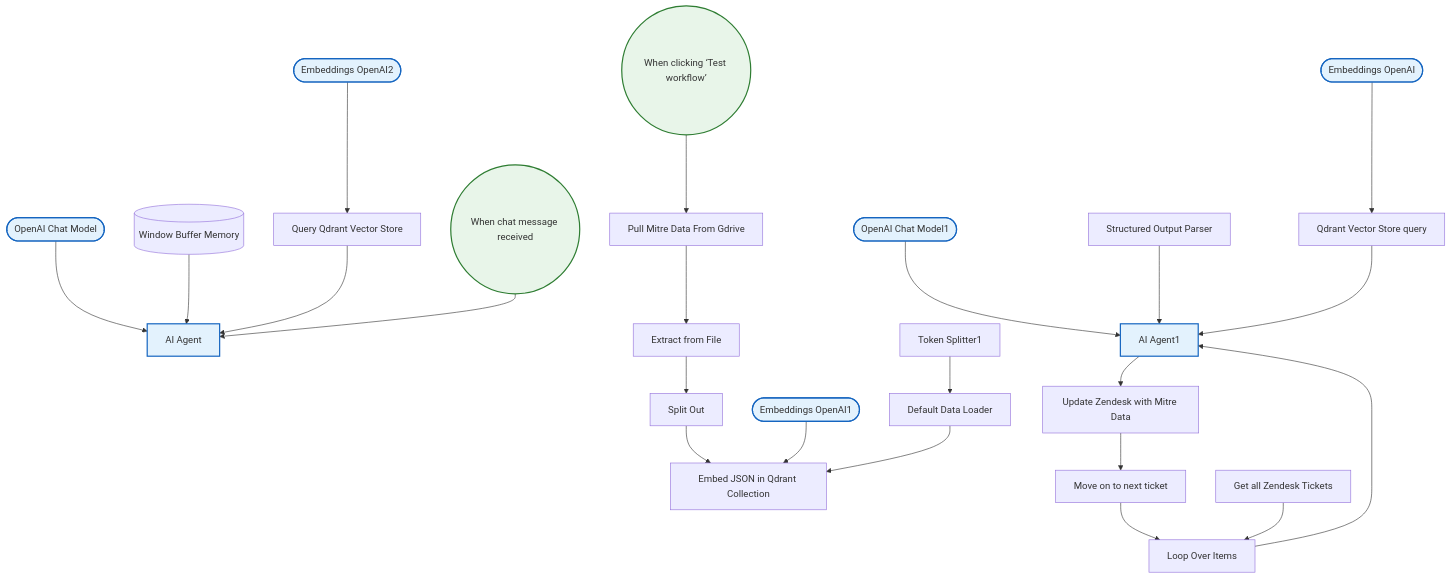
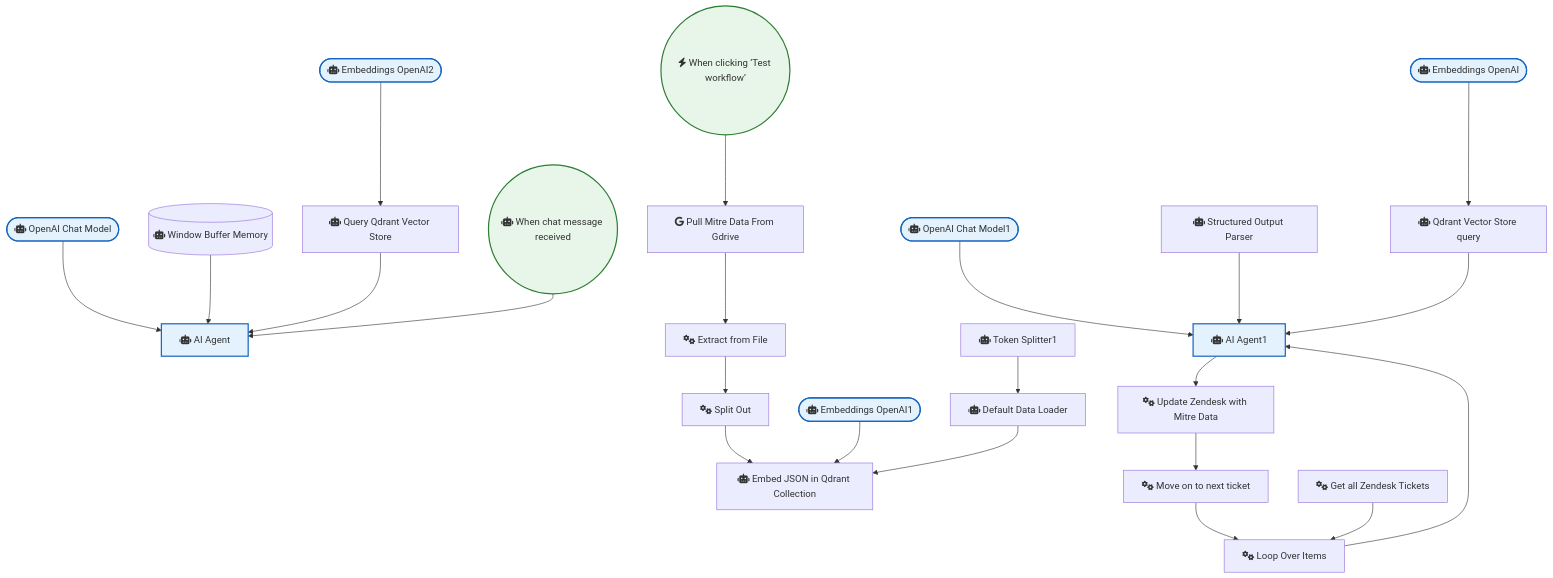
One commit to sreyash3105/N8N-DEMO-AUTOMATIONS changed the diagram in Other_Integrations_and_Use_Cases/Automate Siem Alert Enrichment with Mitre Att&ck Qdrant & Zendesk in N8n.md. Above: the diagram before and after it, drawn with Mermaid. The commit also changed 291 other files, not shown here.

````diff
--- a/Other_Integrations_and_Use_Cases/Automate Siem Alert Enrichment with Mitre Att&ck Qdrant & Zendesk in N8n.md
+++ b/Other_Integrations_and_Use_Cases/Automate Siem Alert Enrichment with Mitre Att&ck Qdrant & Zendesk in N8n.md
@@ -1,52 +1,52 @@
 ```mermaid
 graph TD
     classDef trigger fill:#e8f5e9,stroke:#2e7d32,stroke-width:2px;
     classDef ai fill:#e3f2fd,stroke:#1565c0,stroke-width:2px;
     classDef logic fill:#fff3e0,stroke:#ef6c00,stroke-width:2px;
 
-    When_chat_message_received(("When chat message received")):::trigger
-    AI_Agent["AI Agent"]:::ai
-    OpenAI_Chat_Model(["OpenAI Chat Model"]):::ai
-    Split_Out["Split Out"]
-    Embeddings_OpenAI1(["Embeddings OpenAI1"]):::ai
-    Default_Data_Loader["Default Data Loader"]
-    Token_Splitter1["Token Splitter1"]
-    Window_Buffer_Memory[("Window Buffer Memory")]
-    Embeddings_OpenAI2(["Embeddings OpenAI2"]):::ai
-    Extract_from_File["Extract from File"]
-    When_clicking__Test_workflow_(("When clicking ‘Test workflow’")):::trigger
-    AI_Agent1["AI Agent1"]:::ai
-    OpenAI_Chat_Model1(["OpenAI Chat Model1"]):::ai
-    Embeddings_OpenAI(["Embeddings OpenAI"]):::ai
-    Loop_Over_Items["Loop Over Items"]
-    Structured_Output_Parser["Structured Output Parser"]
-    Pull_Mitre_Data_From_Gdrive["Pull Mitre Data From Gdrive"]
-    Embed_JSON_in_Qdrant_Collection["Embed JSON in Qdrant Collection"]
-    Query_Qdrant_Vector_Store["Query Qdrant Vector Store"]
-    Qdrant_Vector_Store_query["Qdrant Vector Store query"]
-    Get_all_Zendesk_Tickets["Get all Zendesk Tickets"]
-    Update_Zendesk_with_Mitre_Data["Update Zendesk with Mitre Data"]
-    Move_on_to_next_ticket["Move on to next ticket"]
+    When_chat_message_received(("fas:fa-robot When chat message received")):::trigger
+    AI_Agent["fas:fa-robot AI Agent"]:::ai
+    OpenAI_Chat_Model(["fas:fa-robot OpenAI Chat Model"]):::ai
+    Split_Out["fas:fa-cogs Split Out"]
+    Embeddings_OpenAI1(["fas:fa-robot Embeddings OpenAI1"]):::ai
+    Default_Data_Loader["fas:fa-robot Default Data Loader"]
+    Token_Splitter1["fas:fa-robot Token Splitter1"]
+    Window_Buffer_Memory[("fas:fa-robot Window Buffer Memory")]
+    Embeddings_OpenAI2(["fas:fa-robot Embeddings OpenAI2"]):::ai
+    Extract_from_File["fas:fa-cogs Extract from File"]
+    When_clicking__Test_workflow_(("fas:fa-bolt When clicking ‘Test workflow’")):::trigger
+    AI_Agent1["fas:fa-robot AI Agent1"]:::ai
+    OpenAI_Chat_Model1(["fas:fa-robot OpenAI Chat Model1"]):::ai
+    Embeddings_OpenAI(["fas:fa-robot Embeddings OpenAI"]):::ai
+    Loop_Over_Items["fas:fa-cogs Loop Over Items"]
+    Structured_Output_Parser["fas:fa-robot Structured Output Parser"]
+    Pull_Mitre_Data_From_Gdrive["fab:fa-google Pull Mitre Data From Gdrive"]
+    Embed_JSON_in_Qdrant_Collection["fas:fa-robot Embed JSON in Qdrant Collection"]
+    Query_Qdrant_Vector_Store["fas:fa-robot Query Qdrant Vector Store"]
+    Qdrant_Vector_Store_query["fas:fa-robot Qdrant Vector Store query"]
+    Get_all_Zendesk_Tickets["fas:fa-cogs Get all Zendesk Tickets"]
+    Update_Zendesk_with_Mitre_Data["fas:fa-cogs Update Zendesk with Mitre Data"]
+    Move_on_to_next_ticket["fas:fa-cogs Move on to next ticket"]
 
     AI_Agent1 --> Update_Zendesk_with_Mitre_Data
     Split_Out --> Embed_JSON_in_Qdrant_Collection
     Loop_Over_Items --> AI_Agent1
     Token_Splitter1 --> Default_Data_Loader
     Embeddings_OpenAI --> Qdrant_Vector_Store_query
     Extract_from_File --> Split_Out
     OpenAI_Chat_Model --> AI_Agent
     Embeddings_OpenAI1 --> Embed_JSON_in_Qdrant_Collection
     Embeddings_OpenAI2 --> Query_Qdrant_Vector_Store
     OpenAI_Chat_Model1 --> AI_Agent1
     Default_Data_Loader --> Embed_JSON_in_Qdrant_Collection
     Window_Buffer_Memory --> AI_Agent
     Move_on_to_next_ticket --> Loop_Over_Items
     Get_all_Zendesk_Tickets --> Loop_Over_Items
     Structured_Output_Parser --> AI_Agent1
     Qdrant_Vector_Store_query --> AI_Agent1
     Query_Qdrant_Vector_Store --> AI_Agent
     When_chat_message_received --> AI_Agent
     Pull_Mitre_Data_From_Gdrive --> Extract_from_File
     Update_Zendesk_with_Mitre_Data --> Move_on_to_next_ticket
     When_clicking__Test_workflow_ --> Pull_Mitre_Data_From_Gdrive
 ```
````
